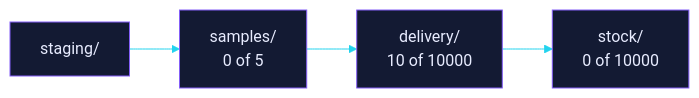
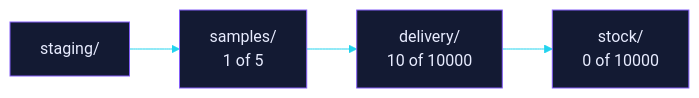
The second of 2 diagrams in README.md (EtharaLabs/erza-samples), drawn with Mermaid before and after one commit. The commit also changed other lines of this file, not shown here.

````diff
--- a/README.md
+++ b/README.md
@@ -43,8 +79,8 @@
 ```mermaid
 %%{init: {"theme":"base","themeVariables":{"primaryColor":"#131a33","primaryTextColor":"#e8ecff","primaryBorderColor":"#845EF7","lineColor":"#22d3ee","fontFamily":"monospace"}}}%%
 flowchart LR
     staging["staging/"]
-    staging --> samples["samples/<br/>0 of 5"]
+    staging --> samples["samples/<br/>1 of 5"]
     samples --> delivery["delivery/<br/>10 of 10000"]
     delivery --> stock["stock/<br/>0 of 10000"]
 ```
````
